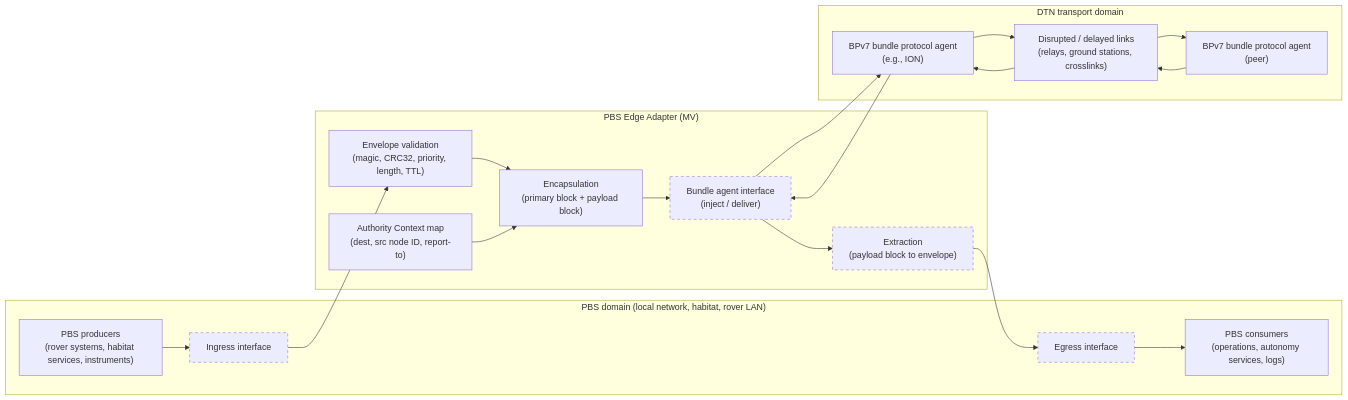
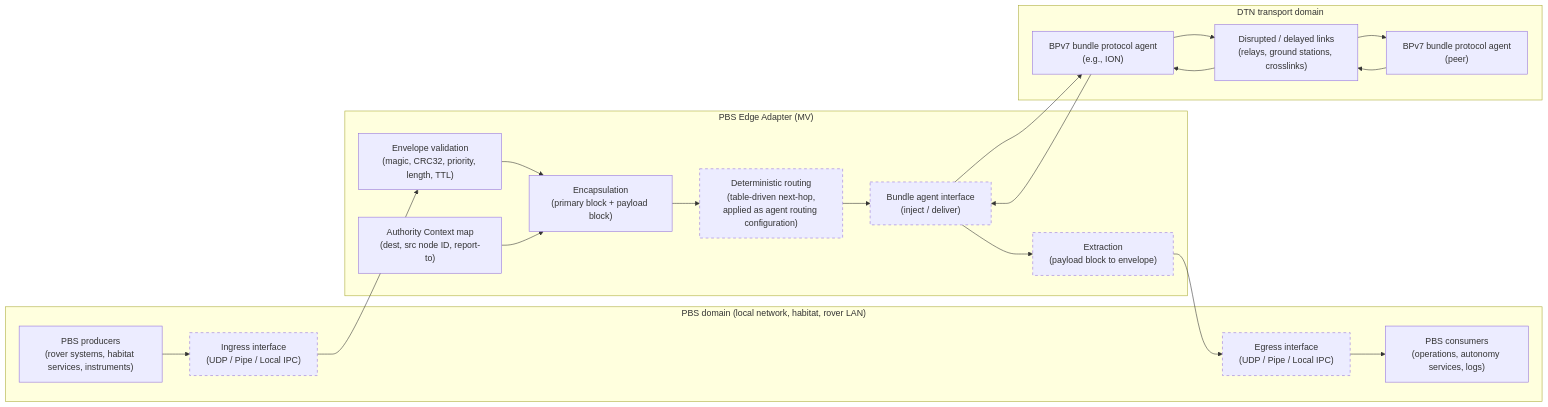
Before and after one commit to Pale-Blue-Systems/PBS-EDGE-ADAPTER-MV: the first of 8 diagrams in DOCS/PBS-EDGE-ARCHITECTURE.md, drawn with Mermaid. The commit also changed other lines of this file and 8 other files, not shown here.

````diff
--- a/DOCS/PBS-EDGE-ARCHITECTURE.md
+++ b/DOCS/PBS-EDGE-ARCHITECTURE.md
@@ -20,33 +22,36 @@
 ```mermaid
 flowchart LR
   subgraph PBS_Domain["PBS domain (local network, habitat, rover LAN)"]
     P1["PBS producers<br/>(rover systems, habitat services, instruments)"]
     C1["PBS consumers<br/>(operations, autonomy services, logs)"]
-    IN["Ingress interface"]
-    OUT["Egress interface"]
+    IN["Ingress interface<br/>(UDP / Pipe / Local IPC)"]
+    OUT["Egress interface<br/>(UDP / Pipe / Local IPC)"]
   end
 
   subgraph EDGE["PBS Edge Adapter (MV)"]
     VAL["Envelope validation<br/>(magic, CRC32, priority, length, TTL)"]
     AC["Authority Context map<br/>(dest, src node ID, report-to)"]
     ENC["Encapsulation<br/>(primary block + payload block)"]
     EXT["Extraction<br/>(payload block to envelope)"]
+    RT["Deterministic routing<br/>(table-driven next-hop,<br/>applied as agent routing configuration)"]
     IO["Bundle agent interface<br/>(inject / deliver)"]
   end
 
   subgraph DTN["DTN transport domain"]
     BA["BPv7 bundle protocol agent<br/>(e.g., ION)"]
     NET["Disrupted / delayed links<br/>(relays, ground stations, crosslinks)"]
     BA2["BPv7 bundle protocol agent<br/>(peer)"]
   end
 
   P1 --> IN --> VAL --> ENC
   AC --> ENC
-  ENC --> IO --> BA --> NET --> BA2
+  ENC --> RT
+  RT --> IO
+  IO --> BA --> NET --> BA2
   BA2 --> NET --> BA
   BA --> IO
   IO --> EXT --> OUT --> C1
 
   classDef planned stroke-dasharray: 5 5
-  class IN,OUT,EXT,IO planned
+  class IN,OUT,EXT,RT,IO planned
 ```
````
